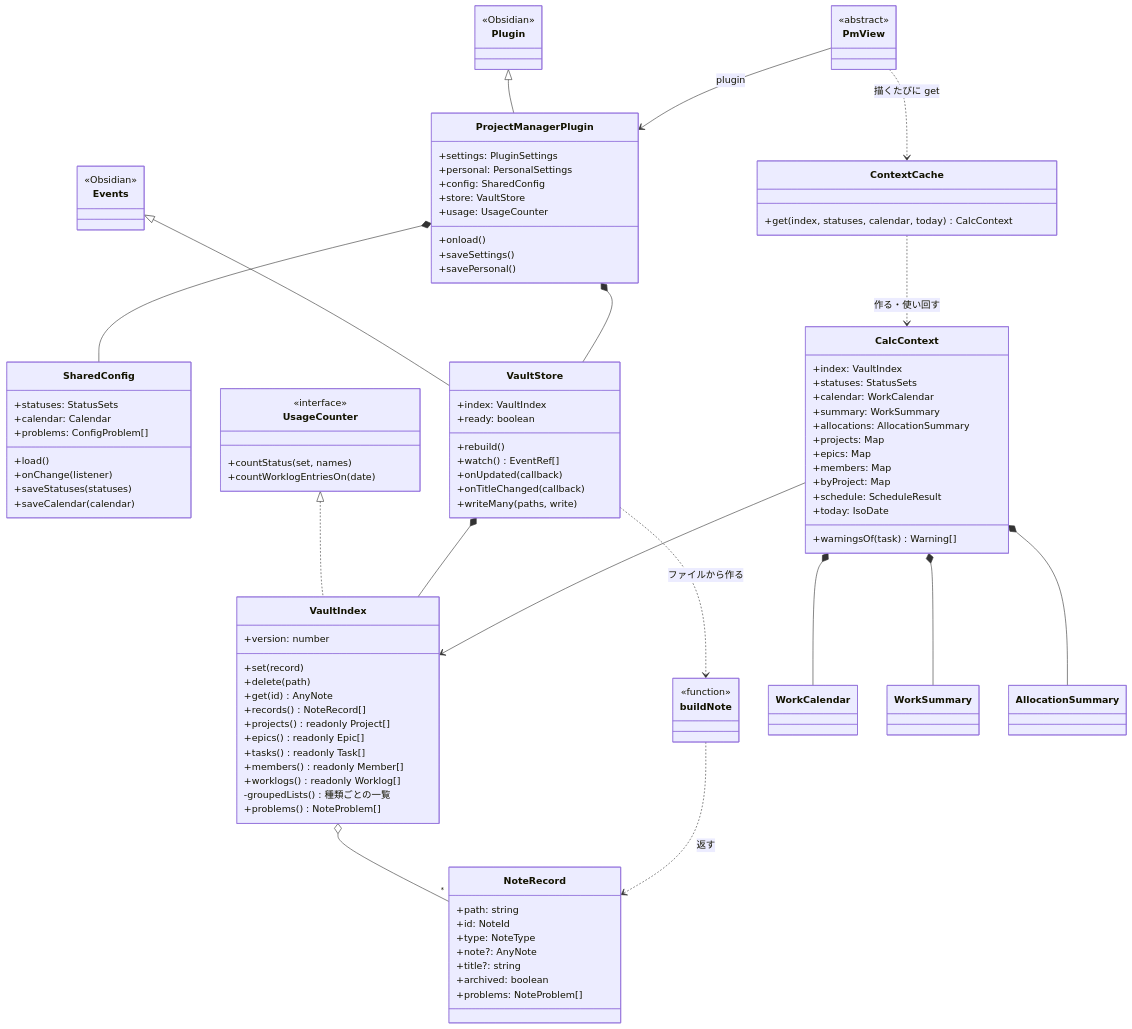
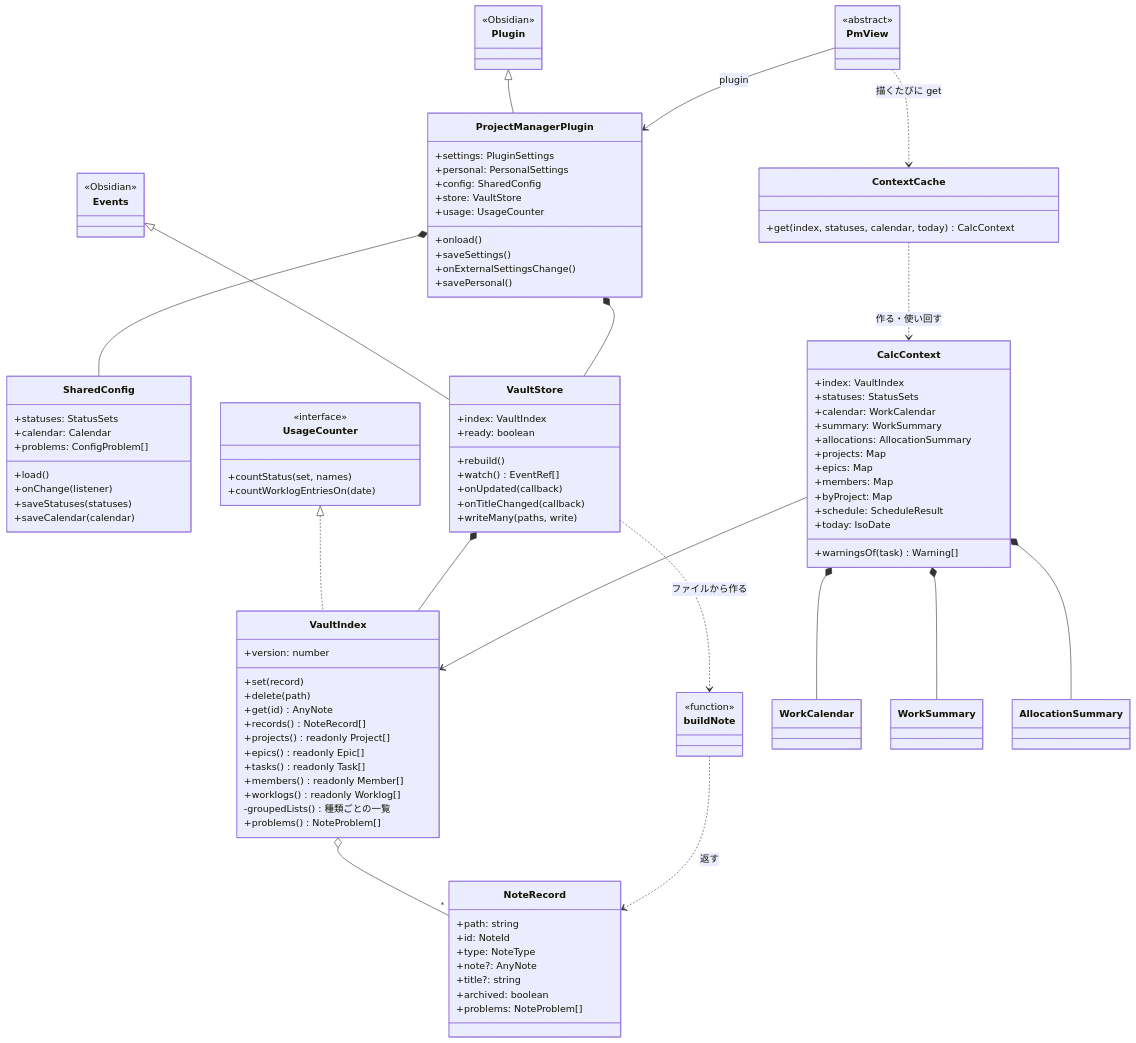
One commit to 2JO-code/2JO-dev-obsidian-pm-plugin changed the first of 7 diagrams in docs/DIAGRAMS.md. Above: the diagram before and after it, drawn with Mermaid. The commit also changed 8 other files, not shown here.

```diff
--- a/docs/DIAGRAMS.md
+++ b/docs/DIAGRAMS.md
@@ -33,6 +33,7 @@
 		+usage: UsageCounter
 		+onload()
 		+saveSettings()
+		+onExternalSettingsChange()
 		+savePersonal()
 	}
 	class SharedConfig {
```
